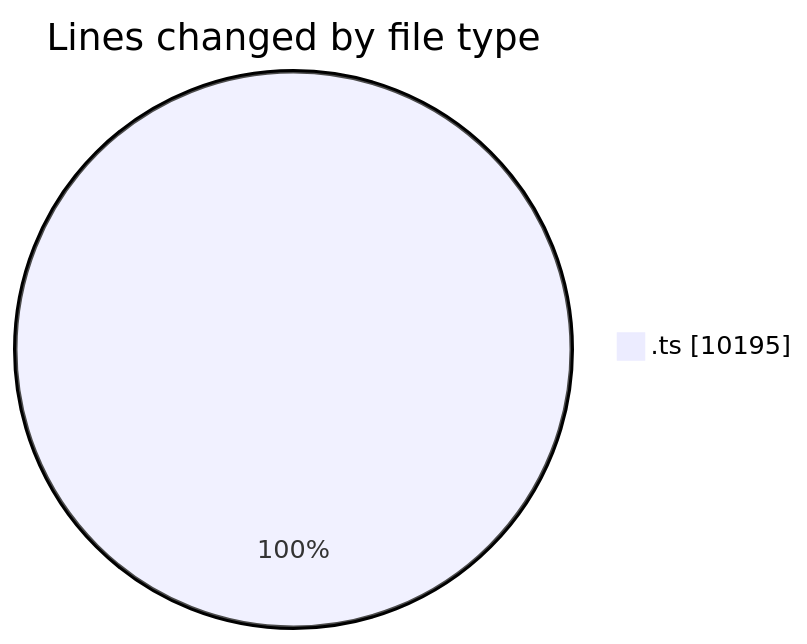
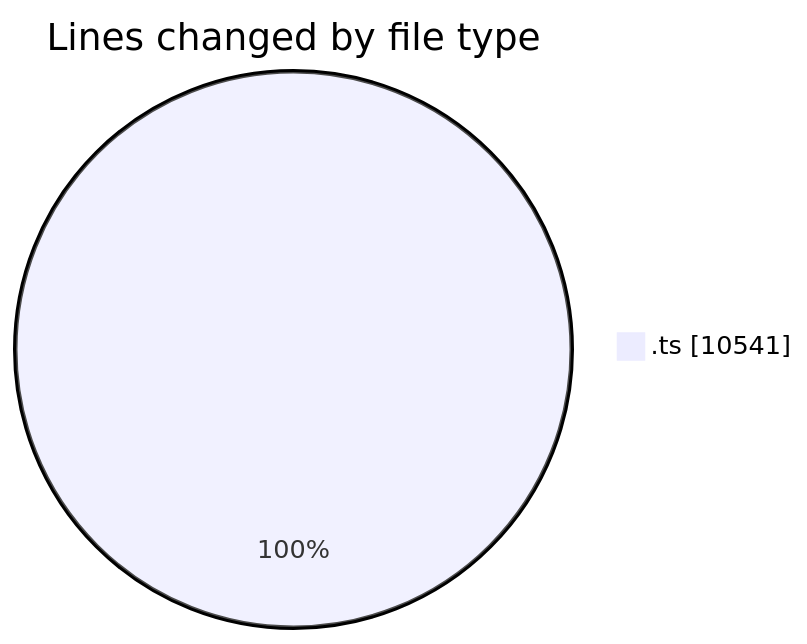
Before and after one commit to momahboobian/code-tracking: the first of 2 diagrams in 2025-09-09/cda/README.md, drawn with Mermaid. The commit also changed other lines of this file and 1 other file, not shown here.

````diff
--- a/2025-09-09/cda/README.md
+++ b/2025-09-09/cda/README.md
@@ -22,5 +22,5 @@
 ```mermaid
 pie showData
 title Lines changed by file type
-".ts" : 10195
+".ts" : 10541
 ```
````
